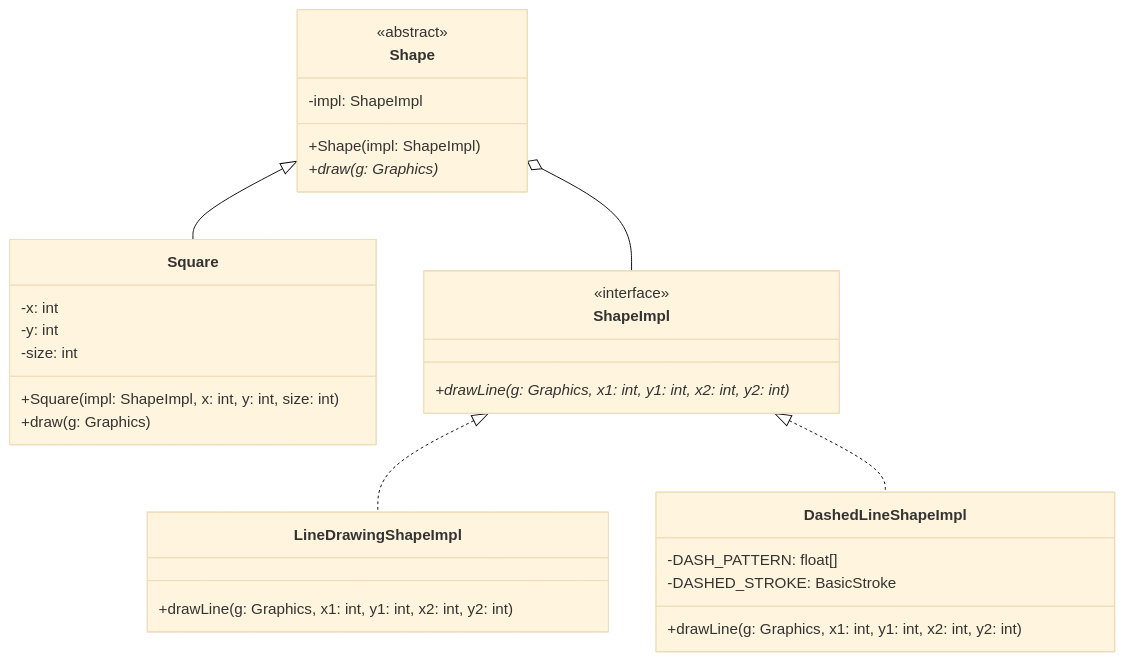
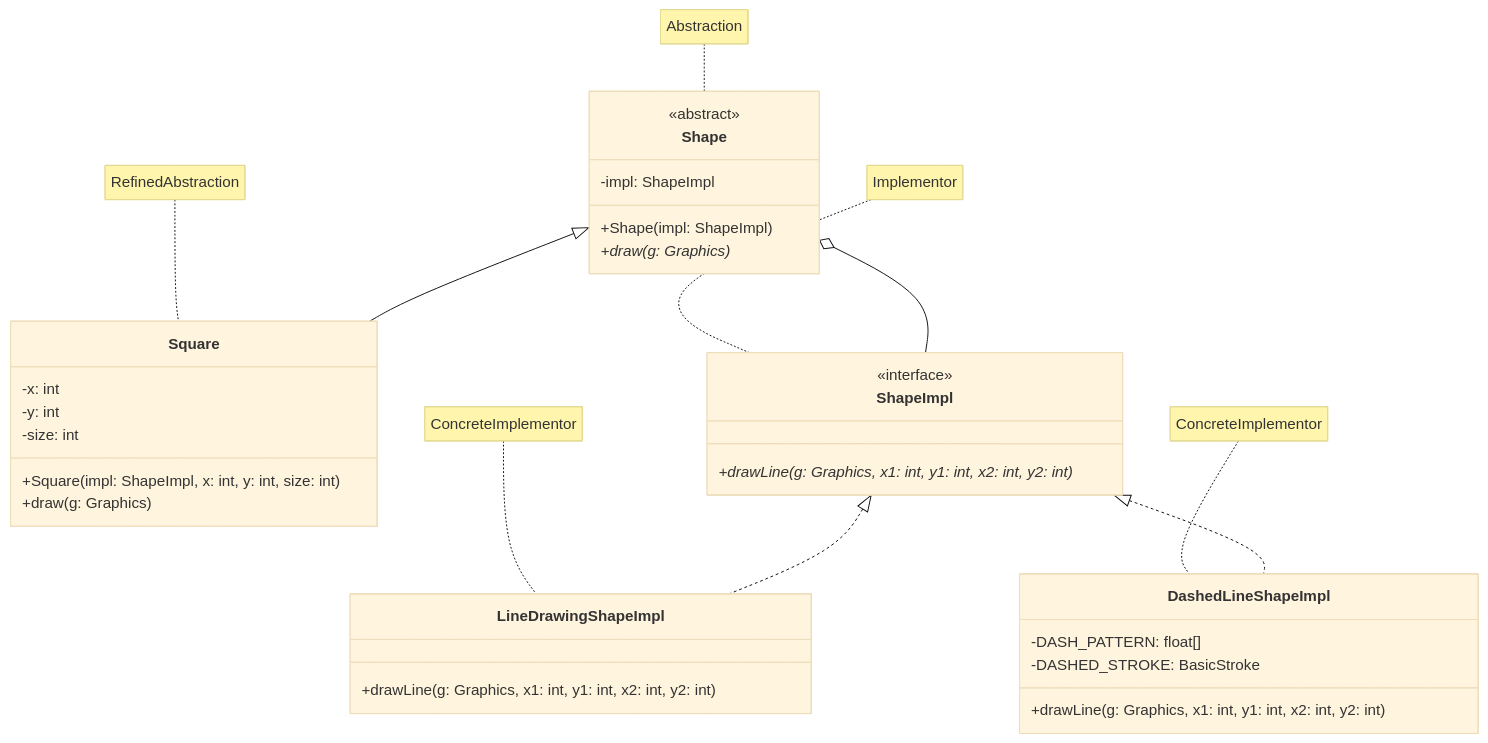
One commit to nlhsueh/teach_sw_fw changed the first of 2 diagrams in Part5_PatternStructure/ch15_bridge.md. Above: the diagram before and after it, drawn with Mermaid (base theme). The commit also changed other lines of this file and 3 other files, not shown here.

````diff
--- a/Part5_PatternStructure/ch15_bridge.md
+++ b/Part5_PatternStructure/ch15_bridge.md
@@ -89,37 +95,42 @@
 ```mermaid
 classDiagram
     class Shape {
         <<abstract>>
         -impl: ShapeImpl
         +Shape(impl: ShapeImpl)
         +draw(g: Graphics)*
     }
+    note for Shape "Abstraction"
     
     class Square {
         -x: int
         -y: int
         -size: int
         +Square(impl: ShapeImpl, x: int, y: int, size: int)
         +draw(g: Graphics)
     }
+    note for Square "RefinedAbstraction"
     
     class ShapeImpl {
         <<interface>>
         +drawLine(g: Graphics, x1: int, y1: int, x2: int, y2: int)*
     }
+    note for ShapeImpl "Implementor"
     
     class LineDrawingShapeImpl {
         +drawLine(g: Graphics, x1: int, y1: int, x2: int, y2: int)
     }
+    note for LineDrawingShapeImpl "ConcreteImplementor"
     
     class DashedLineShapeImpl {
         -DASH_PATTERN: float[]
         -DASHED_STROKE: BasicStroke
         +drawLine(g: Graphics, x1: int, y1: int, x2: int, y2: int)
     }
+    note for DashedLineShapeImpl "ConcreteImplementor"
     
     Shape <|-- Square
     Shape o-- ShapeImpl
     ShapeImpl <|.. LineDrawingShapeImpl
     ShapeImpl <|.. DashedLineShapeImpl
 ```
````
